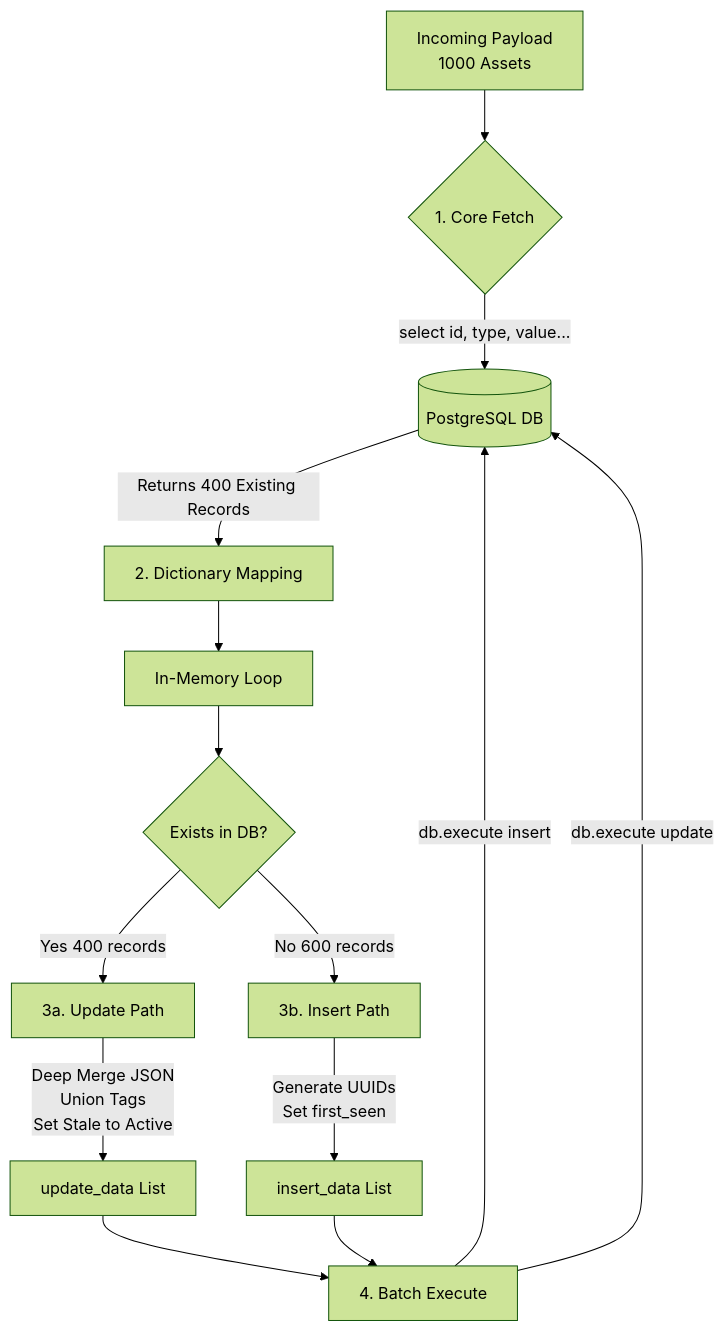
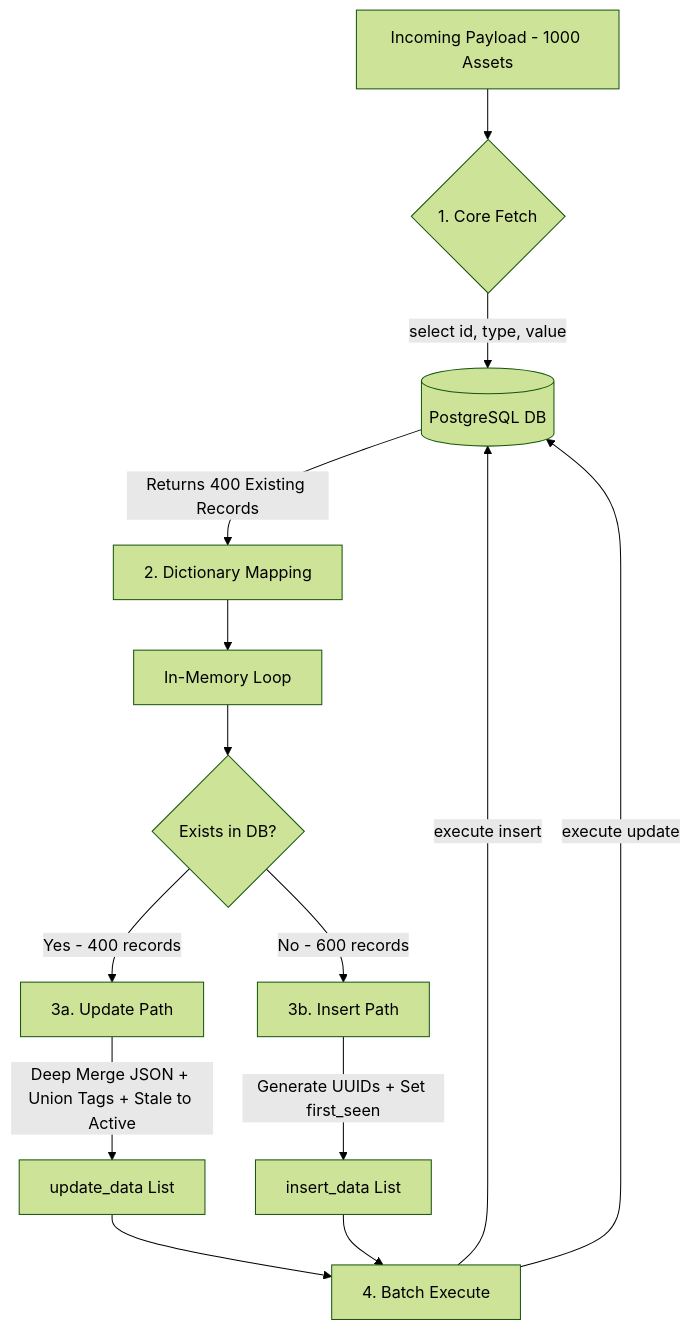
One commit to sara-mohamd/buguard-asset-lifecycle-engine changed the third of 3 diagrams in README.md. Above: the diagram before and after it, drawn with Mermaid (forest theme). The commit also changed other lines of this file, not shown here.

Commit message:
fix: simplify mermaid diagrams for GitHub rendering

````diff
--- a/README.md
+++ b/README.md
@@ -278,16 +278,16 @@
 ```mermaid
 graph TD
-    A[Incoming Payload <br/> 1000 Assets] --> B{1. Core Fetch}
-    B -->|select id, type, value...| C[(PostgreSQL DB)]
+    A[Incoming Payload - 1000 Assets] --> B{1. Core Fetch}
+    B -->|select id, type, value| C[(PostgreSQL DB)]
     C -->|Returns 400 Existing Records| D[2. Dictionary Mapping]
     D --> E[In-Memory Loop]
     E --> F{Exists in DB?}
-    F -->|Yes 400 records| G[3a. Update Path]
-    G -->|Deep Merge JSON<br/>Union Tags<br/>Set Stale to Active| I[update_data List]
-    F -->|No 600 records| H[3b. Insert Path]
-    H -->|Generate UUIDs<br/>Set first_seen| J[insert_data List]
+    F -->|Yes - 400 records| G[3a. Update Path]
+    G -->|Deep Merge JSON + Union Tags + Stale to Active| I[update_data List]
+    F -->|No - 600 records| H[3b. Insert Path]
+    H -->|Generate UUIDs + Set first_seen| J[insert_data List]
     I --> K[4. Batch Execute]
     J --> K
-    K -->|db.execute insert| C
-    K -->|db.execute update| C
+    K -->|execute insert| C
+    K -->|execute update| C
 ```
````
